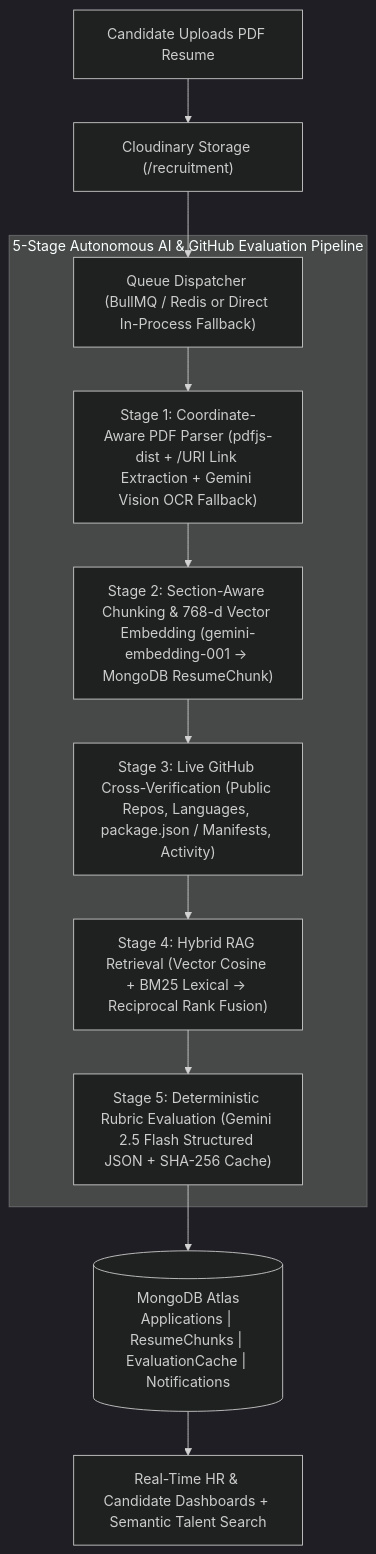
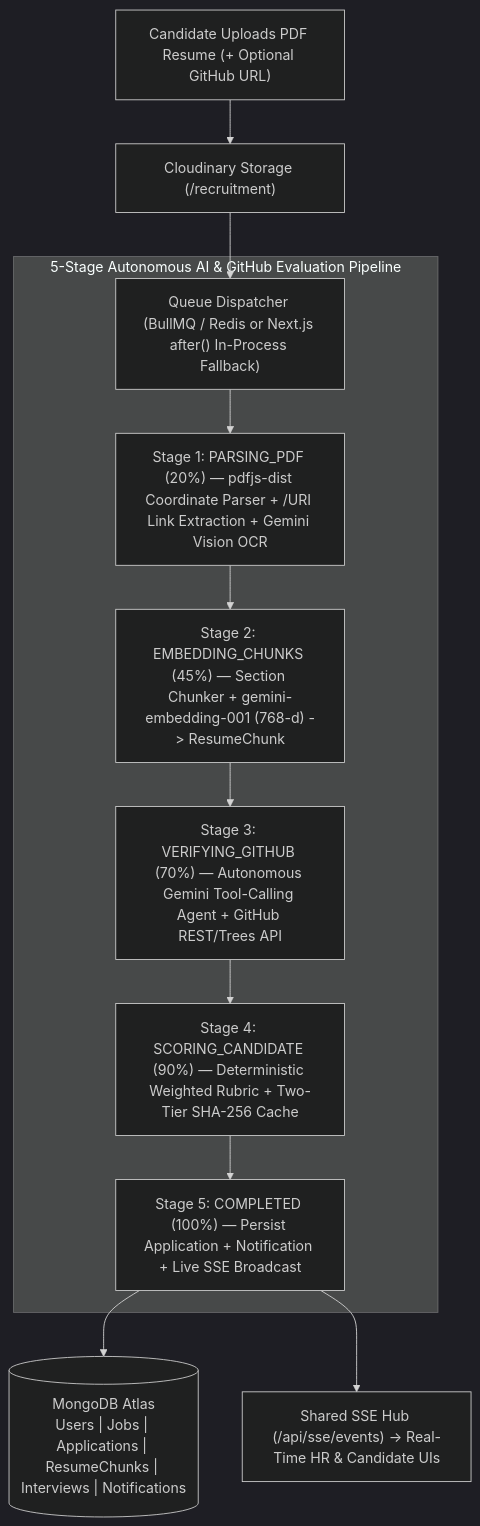
Before and after one commit to Faseehmasood/ai-talent-matcher: the diagram in README.md, drawn with Mermaid (dark theme). The commit also changed other lines of this file and 39 other files, not shown here.

Commit message:
fix: upgrade Gemini AI models with failover, harden RBAC/IDOR security, fix BullMQ resume pipeline & shared SSE hub

````diff
--- a/README.md
+++ b/README.md
@@ -34,16 +34,16 @@
 ```mermaid
 flowchart TD
-    A["Candidate Uploads PDF Resume"] --> B["Cloudinary Storage (/recruitment)"]
-    B --> C["Queue Dispatcher (BullMQ / Redis or Direct In-Process Fallback)"]
+    A["Candidate Uploads PDF Resume (+ Optional GitHub URL)"] --> B["Cloudinary Storage (/recruitment)"]
+    B --> C["Queue Dispatcher (BullMQ / Redis or Next.js after() In-Process Fallback)"]
 
     subgraph Pipeline["5-Stage Autonomous AI & GitHub Evaluation Pipeline"]
-        C --> S1["Stage 1: Coordinate-Aware PDF Parser (pdfjs-dist + /URI Link Extraction + Gemini Vision OCR Fallback)"]
-        S1 --> S2["Stage 2: Section-Aware Chunking & 768-d Vector Embedding (gemini-embedding-001 -> MongoDB ResumeChunk)"]
-        S2 --> S3["Stage 3: Live GitHub Cross-Verification (Public Repos, Languages, package.json / Manifests, Activity)"]
-        S3 --> S4["Stage 4: Hybrid RAG Retrieval (Vector Cosine + BM25 Lexical -> Reciprocal Rank Fusion)"]
-        S4 --> S5["Stage 5: Deterministic Rubric Evaluation (Gemini 2.5 Flash Structured JSON + SHA-256 Cache)"]
+        C --> S1["Stage 1: PARSING_PDF (20%) — pdfjs-dist Coordinate Parser + /URI Link Extraction + Gemini Vision OCR"]
+        S1 --> S2["Stage 2: EMBEDDING_CHUNKS (45%) — Section Chunker + gemini-embedding-001 (768-d) -> ResumeChunk"]
+        S2 --> S3["Stage 3: VERIFYING_GITHUB (70%) — Autonomous Gemini Tool-Calling Agent + GitHub REST/Trees API"]
+        S3 --> S4["Stage 4: SCORING_CANDIDATE (90%) — Deterministic Weighted Rubric + Two-Tier SHA-256 Cache"]
+        S4 --> S5["Stage 5: COMPLETED (100%) — Persist Application + Notification + Live SSE Broadcast"]
     end
 
-    S5 --> DB[("MongoDB Atlas\nApplications | ResumeChunks | EvaluationCache | Notifications")]
-    DB --> UI["Real-Time HR & Candidate Dashboards + Semantic Talent Search"]
+    S5 --> DB[("MongoDB Atlas\nUsers | Jobs | Applications | ResumeChunks | Interviews | Notifications")]
+    S5 --> SSE["Shared SSE Hub (/api/sse/events) -> Real-Time HR & Candidate UIs"]
 ```
````
